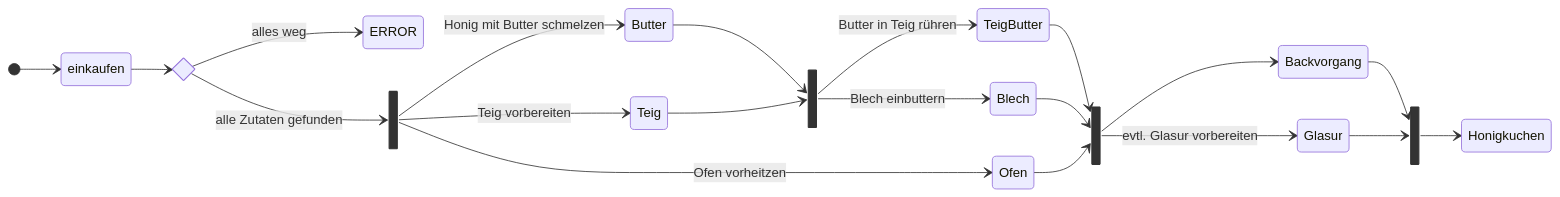
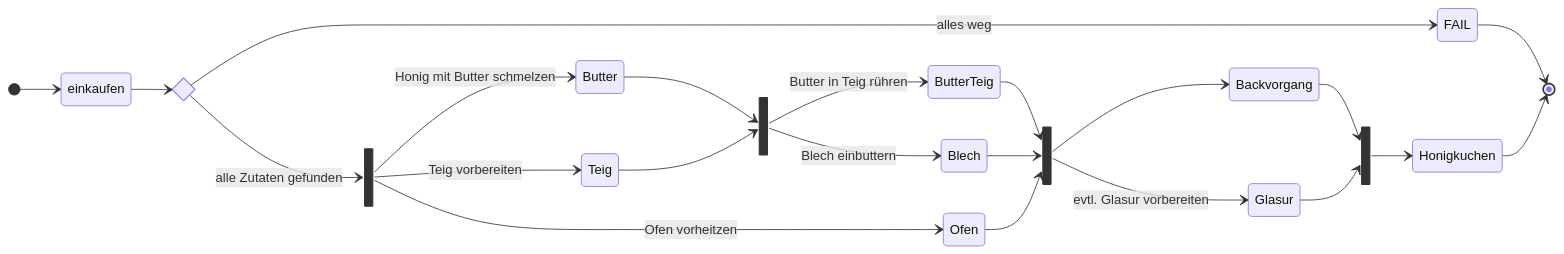
The diagram in slides.md (SchlammSpringer/modern-springboot-with-kotlin), drawn with Mermaid before and after one commit. The commit also changed other lines of this file, not shown here.

````diff
--- a/slides.md
+++ b/slides.md
@@ -191,31 +191,33 @@
 ```mermaid
-  stateDiagram-v2
+ stateDiagram-v2
     direction LR
     state if_state <<choice>>
     [*] --> einkaufen
     einkaufen --> if_state
-    if_state --> ERROR: alles weg
+    if_state --> FAIL: alles weg
+    FAIL --> [*]
     state schritt1 <<fork>>
     if_state --> schritt1 : alle Zutaten gefunden
     schritt1 --> Butter: Honig mit Butter schmelzen
     schritt1 --> Teig: Teig vorbereiten
     schritt1 --> Ofen: Ofen vorheitzen
 
     state join_schritt1 <<join>>
     Butter --> join_schritt1
     Teig --> join_schritt1
-    join_schritt1 --> TeigButter: Butter in Teig rühren
+    join_schritt1 --> ButterTeig: Butter in Teig rühren
     join_schritt1 --> Blech: Blech einbuttern
 
     state join_all <<join>>
-    TeigButter --> join_all
+    ButterTeig --> join_all
     Blech --> join_all
     Ofen --> join_all
     join_all --> Backvorgang
     join_all --> Glasur: evtl. Glasur vorbereiten
 
     state join_end <<join>>
     Backvorgang --> join_end
     Glasur --> join_end
     join_end --> Honigkuchen
+    Honigkuchen --> [*]
 ```
````
